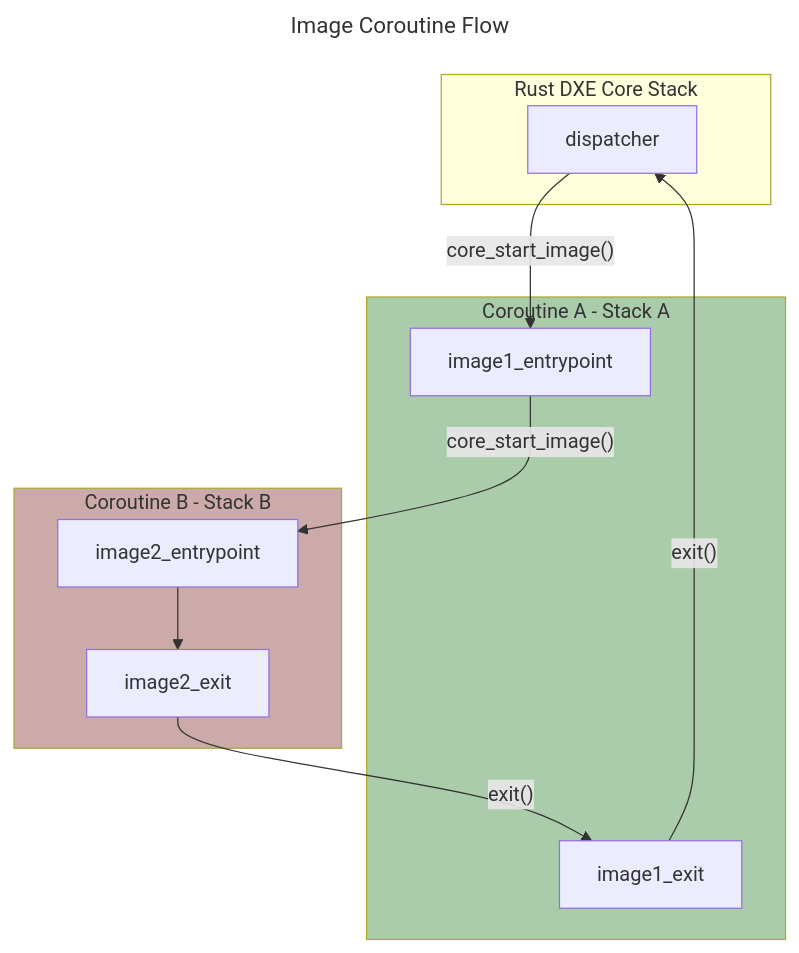
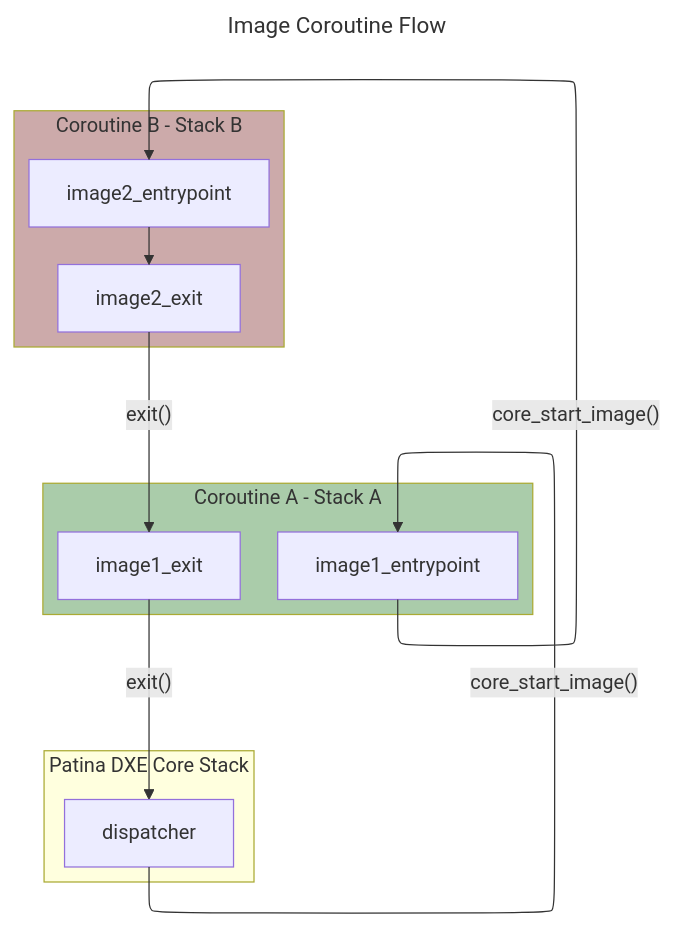
One commit to vineelko/patina changed the diagram in docs/src/dxe_core/images.md. Above: the diagram before and after it, drawn with Mermaid. The commit also changed other lines of this file and 47 other files, not shown here.

````diff
--- a/docs/src/dxe_core/images.md
+++ b/docs/src/dxe_core/images.md
@@ -109,29 +109,31 @@
 ```mermaid
 ---
 title: Image Coroutine Flow
+config:
+  layout: elk
 ---
 flowchart TD
 
   dispatcher-- "core_start_image()" -->image1_entrypoint
   image1_entrypoint-- "core_start_image()" -->image2_entrypoint
   image2_entrypoint-->image2_exit
   image2_exit-- "exit()" -->image1_exit
   image1_exit-- "exit()" -->dispatcher
 
-  subgraph core_dispatcher["Rust DXE Core Stack"]
+  subgraph core_dispatcher["Patina DXE Core Stack"]
     dispatcher
   end
 
   subgraph image1["Coroutine A - Stack A"]
     image1_entrypoint
     image1_exit
   end
 
   subgraph image2["Coroutine B - Stack B"]
     image2_entrypoint
     image2_exit
   end
 
   style image1 fill:#aca
   style image2 fill:#caa
 ```
````
